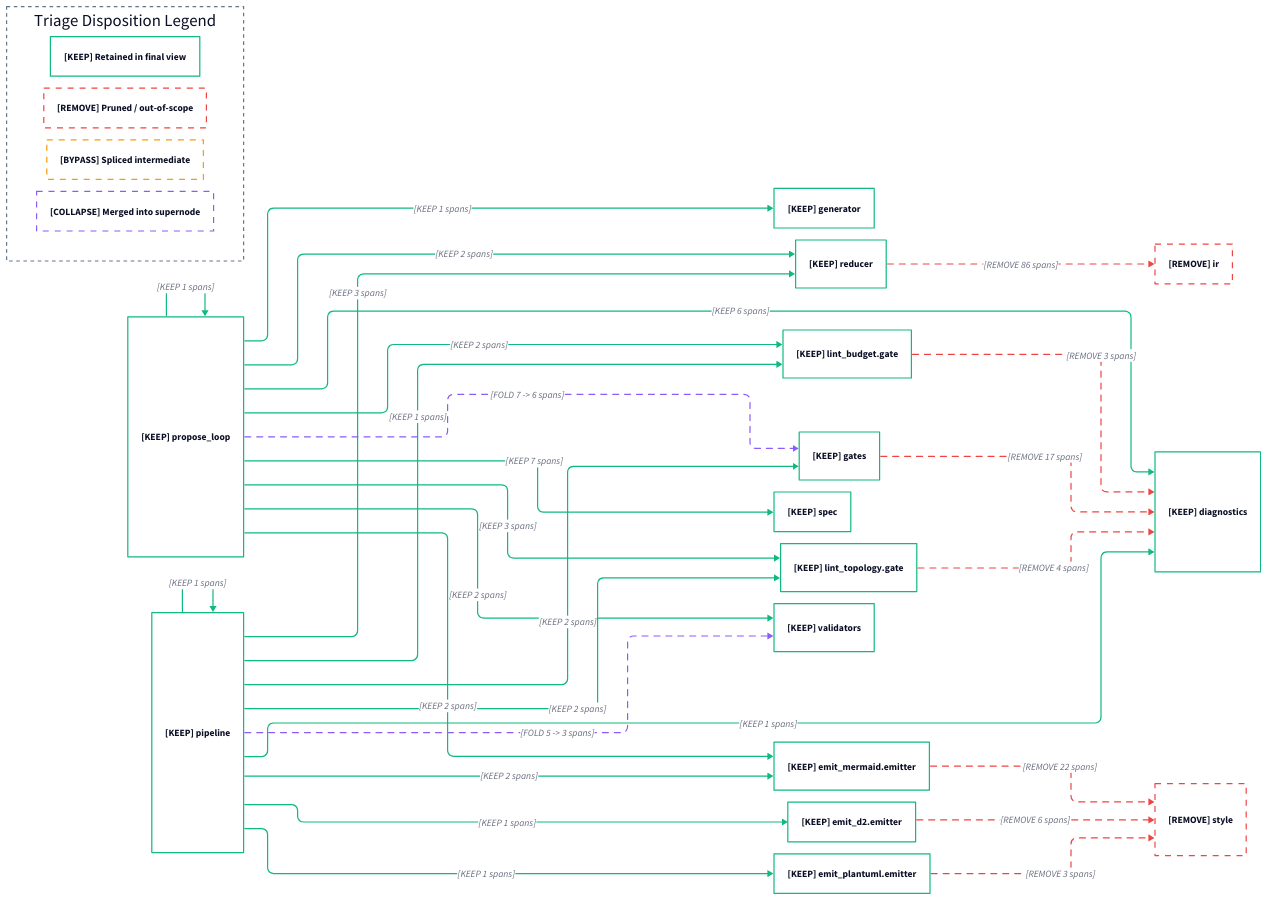
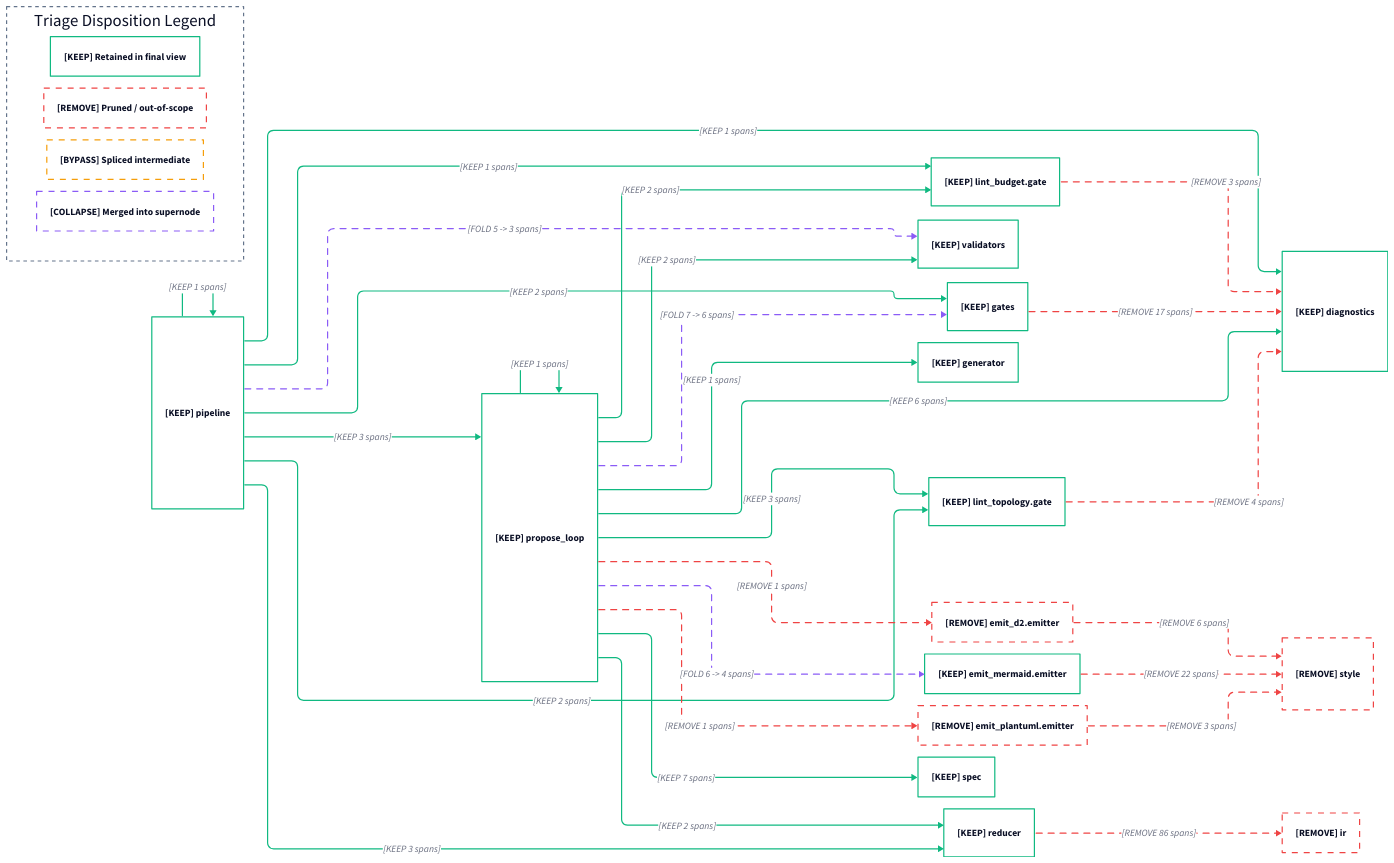
Before and after one commit to klcd/archigram: the diagram in docs/architecture/diagrams/showcase_trace_triage.2_triage.d2, drawn with D2. The commit also changed 58 other files, not shown here.

Commit message:
fix(mcp): align preview emitter and preserve multi-view repair

```diff
--- a/docs/architecture/diagrams/showcase_trace_triage.2_triage.d2
+++ b/docs/architecture/diagrams/showcase_trace_triage.2_triage.d2
@@ -1,186 +1,191 @@
 vars: {
   d2-config: {
     layout-engine: elk
     theme-id: 0
     dark-theme-id: 200
   }
 }
 style.fill: transparent
 
 direction: right
 triage_legend: "Triage Disposition Legend" {
   style.fill: transparent
   style.stroke: "#64748b"
   style.stroke-dash: 3
   keep_key: "[KEEP] Retained in final view" {
     style.fill: transparent
     style.stroke: "#10b981"
   }
   remove_key: "[REMOVE] Pruned / out-of-scope" {
     style.fill: transparent
     style.stroke: "#ef4444"
     style.stroke-dash: 5
   }
   bypass_key: "[BYPASS] Spliced intermediate" {
     style.fill: transparent
     style.stroke: "#f59e0b"
     style.stroke-dash: 5
   }
   collapse_key: "[COLLAPSE] Merged into supernode" {
     style.fill: transparent
     style.stroke: "#8b5cf6"
     style.stroke-dash: 5
   }
 }
 "archigram.domain.diagnostics": "[KEEP] diagnostics" {
   style.fill: transparent
   style.stroke: "#10b981"
 }
 "archigram.domain.ir": "[REMOVE] ir" {
   style.fill: transparent
   style.stroke: "#ef4444"
   style.stroke-dash: 5
 }
 "archigram.domain.spec": "[KEEP] spec" {
   style.fill: transparent
   style.stroke: "#10b981"
 }
 "archigram.domain.style": "[REMOVE] style" {
   style.fill: transparent
   style.stroke: "#ef4444"
   style.stroke-dash: 5
 }
 "archigram.entrypoints.cli.pipeline": "[KEEP] pipeline" {
   style.fill: transparent
   style.stroke: "#10b981"
 }
 "archigram.entrypoints.mcp.propose_loop": "[KEEP] propose_loop" {
   style.fill: transparent
   style.stroke: "#10b981"
 }
 "archigram.features.digest.generator": "[KEEP] generator" {
   style.fill: transparent
   style.stroke: "#10b981"
 }
-"archigram.features.emit_d2.emitter": "[KEEP] emit_d2.emitter" {
+"archigram.features.emit_d2.emitter": "[REMOVE] emit_d2.emitter" {
   style.fill: transparent
-  style.stroke: "#10b981"
+  style.stroke: "#ef4444"
+  style.stroke-dash: 5
 }
 "archigram.features.emit_mermaid.emitter": "[KEEP] emit_mermaid.emitter" {
   style.fill: transparent
   style.stroke: "#10b981"
 }
-"archigram.features.emit_plantuml.emitter": "[KEEP] emit_plantuml.emitter" {
+"archigram.features.emit_plantuml.emitter": "[REMOVE] emit_plantuml.emitter" {
   style.fill: transparent
-  style.stroke: "#10b981"
+  style.stroke: "#ef4444"
+  style.stroke-dash: 5
 }
 "archigram.features.lint_budget.gate": "[KEEP] lint_budget.gate" {
   style.fill: transparent
   style.stroke: "#10b981"
 }
 "archigram.features.lint_grounding.gates": "[KEEP] gates" {
   style.fill: transparent
   style.stroke: "#10b981"
 }
 "archigram.features.lint_syntax.validators": "[KEEP] validators" {
   style.fill: transparent
   style.stroke: "#10b981"
 }
 "archigram.features.lint_topology.gate": "[KEEP] lint_topology.gate" {
   style.fill: transparent
   style.stroke: "#10b981"
 }
 "archigram.features.reduce_structural.reducer": "[KEEP] reducer" {
   style.fill: transparent
   style.stroke: "#10b981"
 }
 "archigram.entrypoints.cli.pipeline" -> "archigram.domain.diagnostics": "[KEEP 1 spans]" {
   style.stroke: "#10b981"
 }
 "archigram.entrypoints.cli.pipeline" -> "archigram.entrypoints.cli.pipeline": "[KEEP 1 spans]" {
   style.stroke: "#10b981"
 }
-"archigram.entrypoints.cli.pipeline" -> "archigram.features.emit_d2.emitter": "[KEEP 1 spans]" {
-  style.stroke: "#10b981"
-}
-"archigram.entrypoints.cli.pipeline" -> "archigram.features.emit_mermaid.emitter": "[KEEP 2 spans]" {
-  style.stroke: "#10b981"
-}
-"archigram.entrypoints.cli.pipeline" -> "archigram.features.emit_plantuml.emitter": "[KEEP 1 spans]" {
+"archigram.entrypoints.cli.pipeline" -> "archigram.entrypoints.mcp.propose_loop": "[KEEP 3 spans]" {
   style.stroke: "#10b981"
 }
 "archigram.entrypoints.cli.pipeline" -> "archigram.features.lint_budget.gate": "[KEEP 1 spans]" {
   style.stroke: "#10b981"
 }
 "archigram.entrypoints.cli.pipeline" -> "archigram.features.lint_grounding.gates": "[KEEP 2 spans]" {
   style.stroke: "#10b981"
 }
 "archigram.entrypoints.cli.pipeline" -> "archigram.features.lint_syntax.validators": "[FOLD 5 -> 3 spans]" {
   style.stroke: "#8b5cf6"
   style.stroke-dash: 5
 }
 "archigram.entrypoints.cli.pipeline" -> "archigram.features.lint_topology.gate": "[KEEP 2 spans]" {
   style.stroke: "#10b981"
 }
 "archigram.entrypoints.cli.pipeline" -> "archigram.features.reduce_structural.reducer": "[KEEP 3 spans]" {
   style.stroke: "#10b981"
 }
 "archigram.entrypoints.mcp.propose_loop" -> "archigram.domain.diagnostics": "[KEEP 6 spans]" {
   style.stroke: "#10b981"
 }
 "archigram.entrypoints.mcp.propose_loop" -> "archigram.domain.spec": "[KEEP 7 spans]" {
   style.stroke: "#10b981"
 }
 "archigram.entrypoints.mcp.propose_loop" -> "archigram.entrypoints.mcp.propose_loop": "[KEEP 1 spans]" {
   style.stroke: "#10b981"
 }
 "archigram.entrypoints.mcp.propose_loop" -> "archigram.features.digest.generator": "[KEEP 1 spans]" {
   style.stroke: "#10b981"
 }
-"archigram.entrypoints.mcp.propose_loop" -> "archigram.features.emit_mermaid.emitter": "[KEEP 2 spans]" {
-  style.stroke: "#10b981"
+"archigram.entrypoints.mcp.propose_loop" -> "archigram.features.emit_d2.emitter": "[REMOVE 1 spans]" {
+  style.stroke: "#ef4444"
+  style.stroke-dash: 5
+}
+"archigram.entrypoints.mcp.propose_loop" -> "archigram.features.emit_mermaid.emitter": "[FOLD 6 -> 4 spans]" {
+  style.stroke: "#8b5cf6"
+  style.stroke-dash: 5
+}
+"archigram.entrypoints.mcp.propose_loop" -> "archigram.features.emit_plantuml.emitter": "[REMOVE 1 spans]" {
+  style.stroke: "#ef4444"
+  style.stroke-dash: 5
 }
 "archigram.entrypoints.mcp.propose_loop" -> "archigram.features.lint_budget.gate": "[KEEP 2 spans]" {
   style.stroke: "#10b981"
 }
 "archigram.entrypoints.mcp.propose_loop" -> "archigram.features.lint_grounding.gates": "[FOLD 7 -> 6 spans]" {
   style.stroke: "#8b5cf6"
   style.stroke-dash: 5
 }
 "archigram.entrypoints.mcp.propose_loop" -> "archigram.features.lint_syntax.validators": "[KEEP 2 spans]" {
   style.stroke: "#10b981"
 }
 "archigram.entrypoints.mcp.propose_loop" -> "archigram.features.lint_topology.gate": "[KEEP 3 spans]" {
   style.stroke: "#10b981"
 }
 "archigram.entrypoints.mcp.propose_loop" -> "archigram.features.reduce_structural.reducer": "[KEEP 2 spans]" {
   style.stroke: "#10b981"
 }
 "archigram.features.emit_d2.emitter" -> "archigram.domain.style": "[REMOVE 6 spans]" {
   style.stroke: "#ef4444"
   style.stroke-dash: 5
 }
 "archigram.features.emit_mermaid.emitter" -> "archigram.domain.style": "[REMOVE 22 spans]" {
   style.stroke: "#ef4444"
   style.stroke-dash: 5
 }
 "archigram.features.emit_plantuml.emitter" -> "archigram.domain.style": "[REMOVE 3 spans]" {
   style.stroke: "#ef4444"
   style.stroke-dash: 5
 }
 "archigram.features.lint_budget.gate" -> "archigram.domain.diagnostics": "[REMOVE 3 spans]" {
   style.stroke: "#ef4444"
   style.stroke-dash: 5
 }
 "archigram.features.lint_grounding.gates" -> "archigram.domain.diagnostics": "[REMOVE 17 spans]" {
   style.stroke: "#ef4444"
   style.stroke-dash: 5
 }
 "archigram.features.lint_topology.gate" -> "archigram.domain.diagnostics": "[REMOVE 4 spans]" {
   style.stroke: "#ef4444"
   style.stroke-dash: 5
 }
 "archigram.features.reduce_structural.reducer" -> "archigram.domain.ir": "[REMOVE 86 spans]" {
   style.stroke: "#ef4444"
   style.stroke-dash: 5
 }
```
